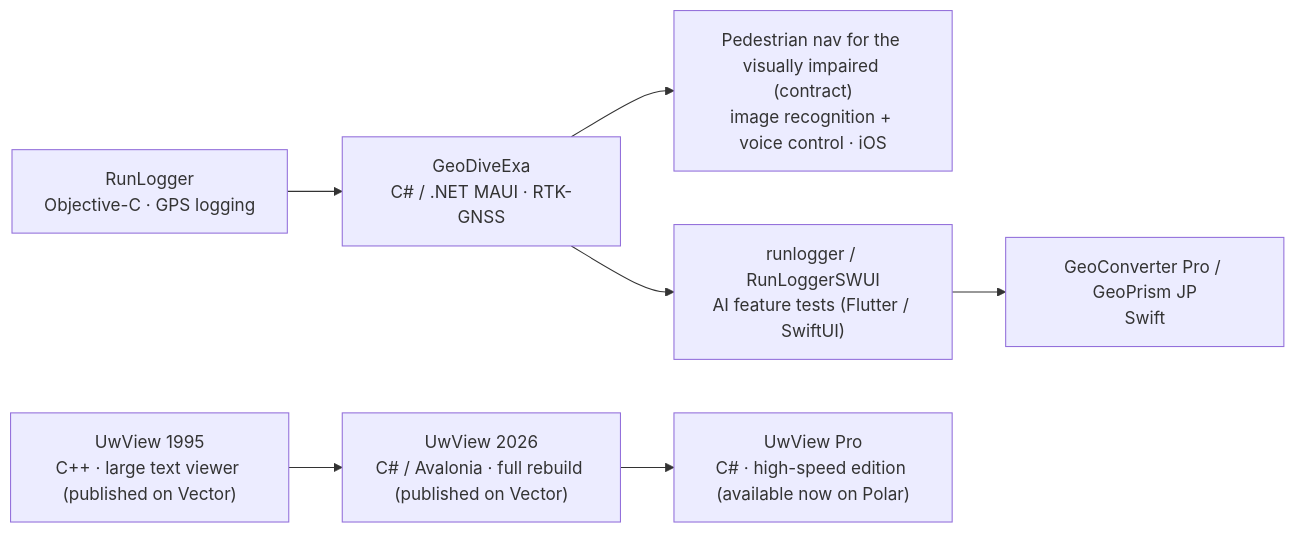
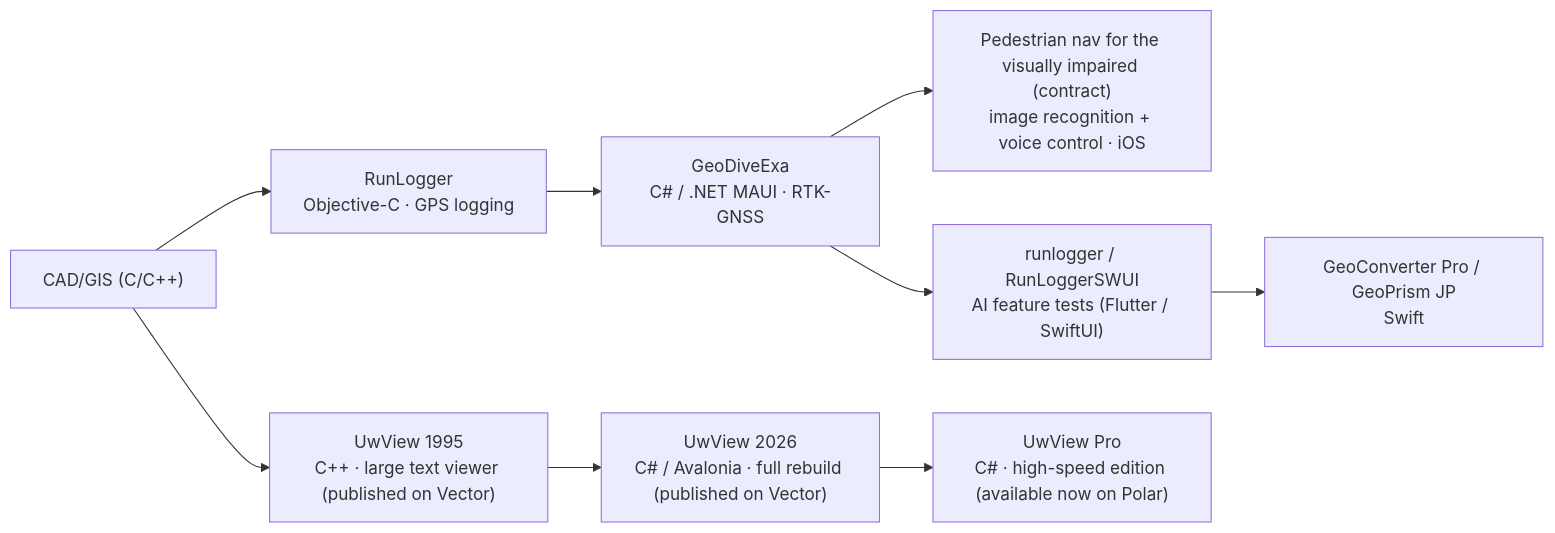
Before and after one commit to amru195704/amru195704: the diagram in README.en.md, drawn with Mermaid. The commit also changed 1 other file, not shown here.

Commit message:
技術視点をCAD/GISにする

````diff
--- a/README.en.md
+++ b/README.en.md
@@ -83,9 +83,11 @@
 ```mermaid
 flowchart LR
-    RL["RunLogger<br/>Objective-C · GPS logging"] --> GDE["GeoDiveExa<br/>C# / .NET MAUI · RTK-GNSS"]
+    CADGIS["CAD/GIS (C/C++)"] --> RL["RunLogger<br/>Objective-C · GPS logging"]
+    CADGIS --> UW1995
+    RL --> GDE["GeoDiveExa<br/>C# / .NET MAUI · RTK-GNSS"]
     GDE --> NAVI["Pedestrian nav for the visually impaired (contract)<br/>image recognition + voice control · iOS"]
     GDE --> TEST["runlogger / RunLoggerSWUI<br/>AI feature tests (Flutter / SwiftUI)"]
     TEST --> SWIFT["GeoConverter Pro / GeoPrism JP<br/>Swift"]
     UW1995["UwView 1995<br/>C++ · large text viewer (published on Vector)"] --> UW2026["UwView 2026<br/>C# / Avalonia · full rebuild (published on Vector)"]
     UW2026 --> UWPRO["UwView Pro<br/>C# · high-speed edition (available now on Polar)"]
 ```
````
